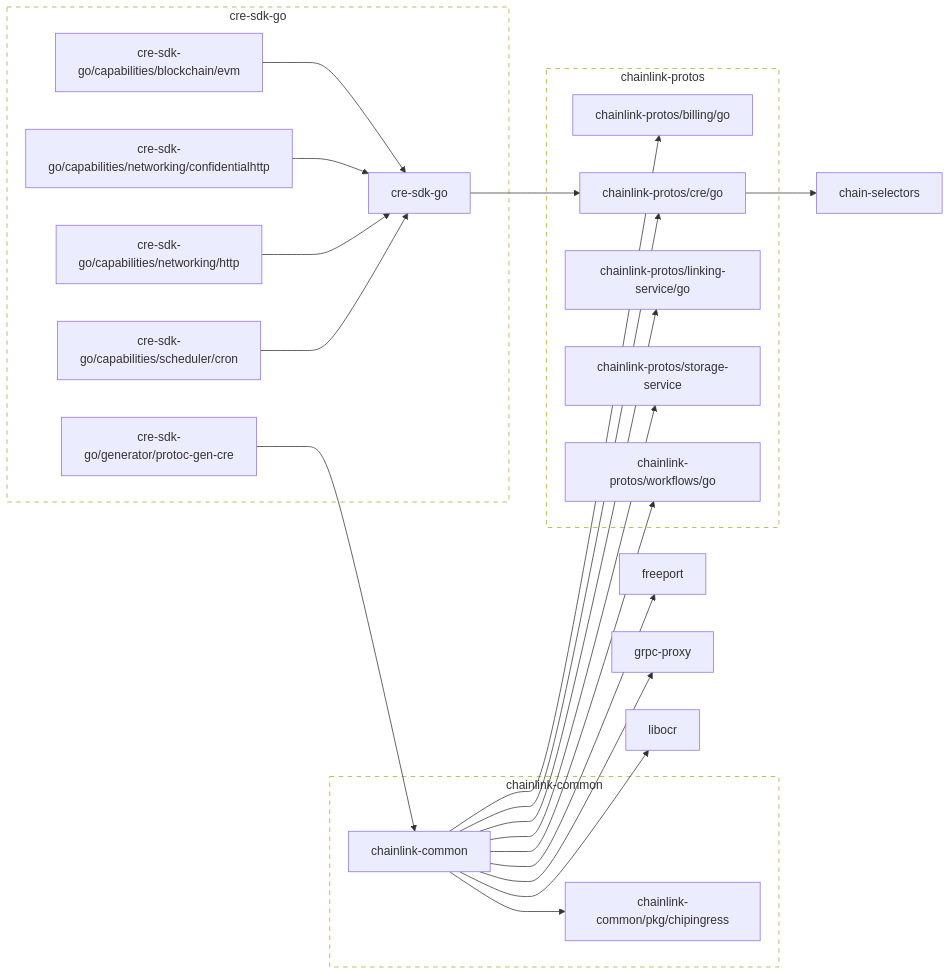
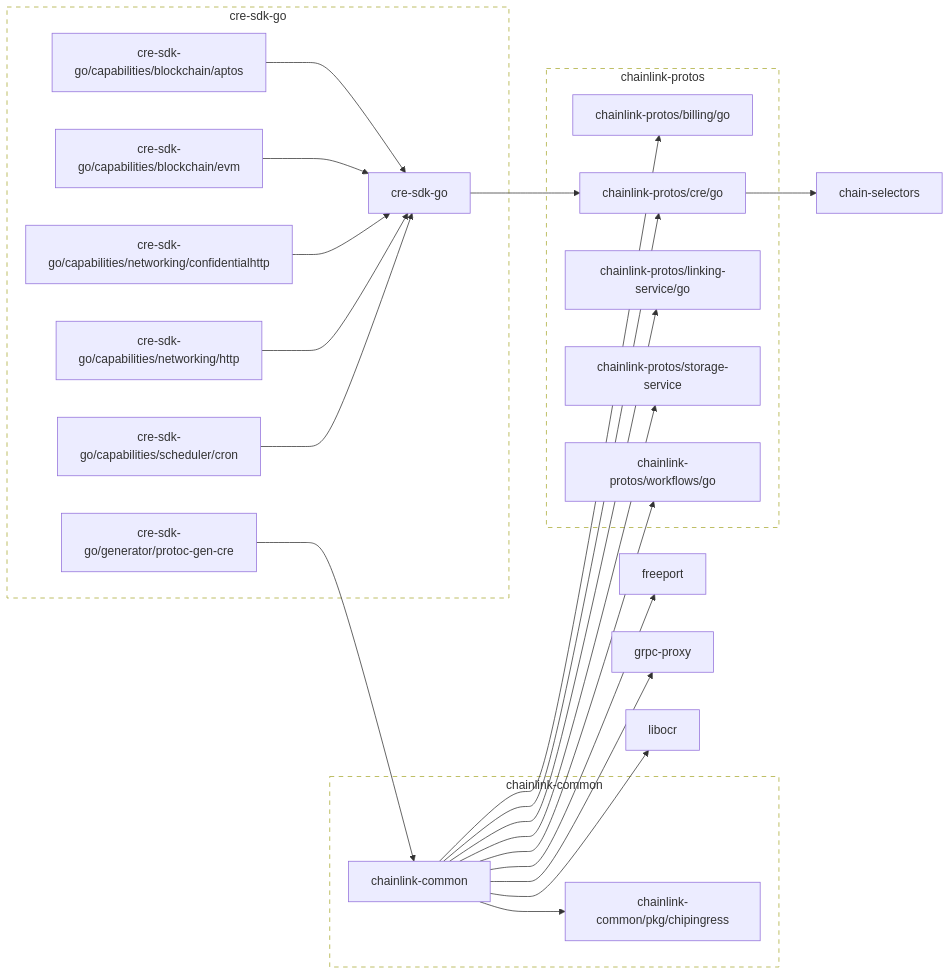
The diagram in go.md (smartcontractkit/cre-sdk-go), drawn with Mermaid before and after one commit. The commit also changed 1 other file, not shown here.

Commit message:
aptos sdk: keep hand-written client through clean-generate

````diff
--- a/go.md
+++ b/go.md
@@ -2,74 +2,77 @@
 ```mermaid
 flowchart LR
 
 	chain-selectors
 	click chain-selectors href "https://github.com/smartcontractkit/chain-selectors"
 	chainlink-common --> chainlink-common/pkg/chipingress
 	chainlink-common --> chainlink-protos/billing/go
 	chainlink-common --> chainlink-protos/cre/go
 	chainlink-common --> chainlink-protos/linking-service/go
 	chainlink-common --> chainlink-protos/storage-service
 	chainlink-common --> chainlink-protos/workflows/go
 	chainlink-common --> freeport
 	chainlink-common --> grpc-proxy
 	chainlink-common --> libocr
 	click chainlink-common href "https://github.com/smartcontractkit/chainlink-common"
 	chainlink-common/pkg/chipingress
 	click chainlink-common/pkg/chipingress href "https://github.com/smartcontractkit/chainlink-common"
 	chainlink-protos/billing/go
 	click chainlink-protos/billing/go href "https://github.com/smartcontractkit/chainlink-protos"
 	chainlink-protos/cre/go --> chain-selectors
 	click chainlink-protos/cre/go href "https://github.com/smartcontractkit/chainlink-protos"
 	chainlink-protos/linking-service/go
 	click chainlink-protos/linking-service/go href "https://github.com/smartcontractkit/chainlink-protos"
 	chainlink-protos/storage-service
 	click chainlink-protos/storage-service href "https://github.com/smartcontractkit/chainlink-protos"
 	chainlink-protos/workflows/go
 	click chainlink-protos/workflows/go href "https://github.com/smartcontractkit/chainlink-protos"
 	cre-sdk-go --> chainlink-protos/cre/go
 	click cre-sdk-go href "https://github.com/smartcontractkit/cre-sdk-go"
+	cre-sdk-go/capabilities/blockchain/aptos --> cre-sdk-go
+	click cre-sdk-go/capabilities/blockchain/aptos href "https://github.com/smartcontractkit/cre-sdk-go"
 	cre-sdk-go/capabilities/blockchain/evm --> cre-sdk-go
 	click cre-sdk-go/capabilities/blockchain/evm href "https://github.com/smartcontractkit/cre-sdk-go"
 	cre-sdk-go/capabilities/networking/confidentialhttp --> cre-sdk-go
 	click cre-sdk-go/capabilities/networking/confidentialhttp href "https://github.com/smartcontractkit/cre-sdk-go"
 	cre-sdk-go/capabilities/networking/http --> cre-sdk-go
 	click cre-sdk-go/capabilities/networking/http href "https://github.com/smartcontractkit/cre-sdk-go"
 	cre-sdk-go/capabilities/scheduler/cron --> cre-sdk-go
 	click cre-sdk-go/capabilities/scheduler/cron href "https://github.com/smartcontractkit/cre-sdk-go"
 	cre-sdk-go/generator/protoc-gen-cre --> chainlink-common
 	click cre-sdk-go/generator/protoc-gen-cre href "https://github.com/smartcontractkit/cre-sdk-go"
 	freeport
 	click freeport href "https://github.com/smartcontractkit/freeport"
 	grpc-proxy
 	click grpc-proxy href "https://github.com/smartcontractkit/grpc-proxy"
 	libocr
 	click libocr href "https://github.com/smartcontractkit/libocr"
 
 	subgraph chainlink-common-repo[chainlink-common]
 		 chainlink-common
 		 chainlink-common/pkg/chipingress
 	end
 	click chainlink-common-repo href "https://github.com/smartcontractkit/chainlink-common"
 
 	subgraph chainlink-protos-repo[chainlink-protos]
 		 chainlink-protos/billing/go
 		 chainlink-protos/cre/go
 		 chainlink-protos/linking-service/go
 		 chainlink-protos/storage-service
 		 chainlink-protos/workflows/go
 	end
 	click chainlink-protos-repo href "https://github.com/smartcontractkit/chainlink-protos"
 
 	subgraph cre-sdk-go-repo[cre-sdk-go]
 		 cre-sdk-go
+		 cre-sdk-go/capabilities/blockchain/aptos
 		 cre-sdk-go/capabilities/blockchain/evm
 		 cre-sdk-go/capabilities/networking/confidentialhttp
 		 cre-sdk-go/capabilities/networking/http
 		 cre-sdk-go/capabilities/scheduler/cron
 		 cre-sdk-go/generator/protoc-gen-cre
 	end
 	click cre-sdk-go-repo href "https://github.com/smartcontractkit/cre-sdk-go"
 
 	classDef outline stroke-dasharray:6,fill:none;
 	class chainlink-common-repo,chainlink-protos-repo,cre-sdk-go-repo outline
 ```
````
